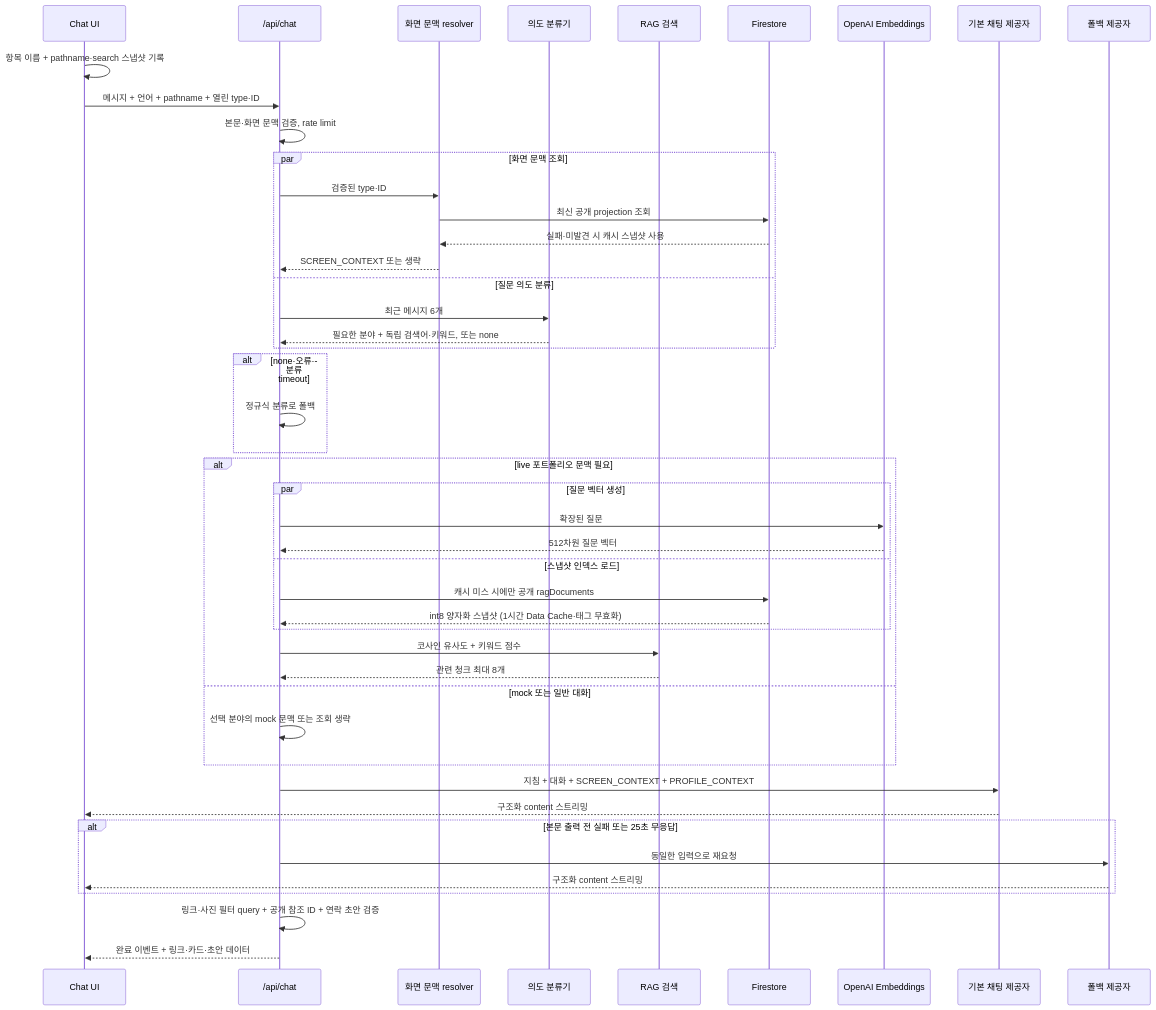
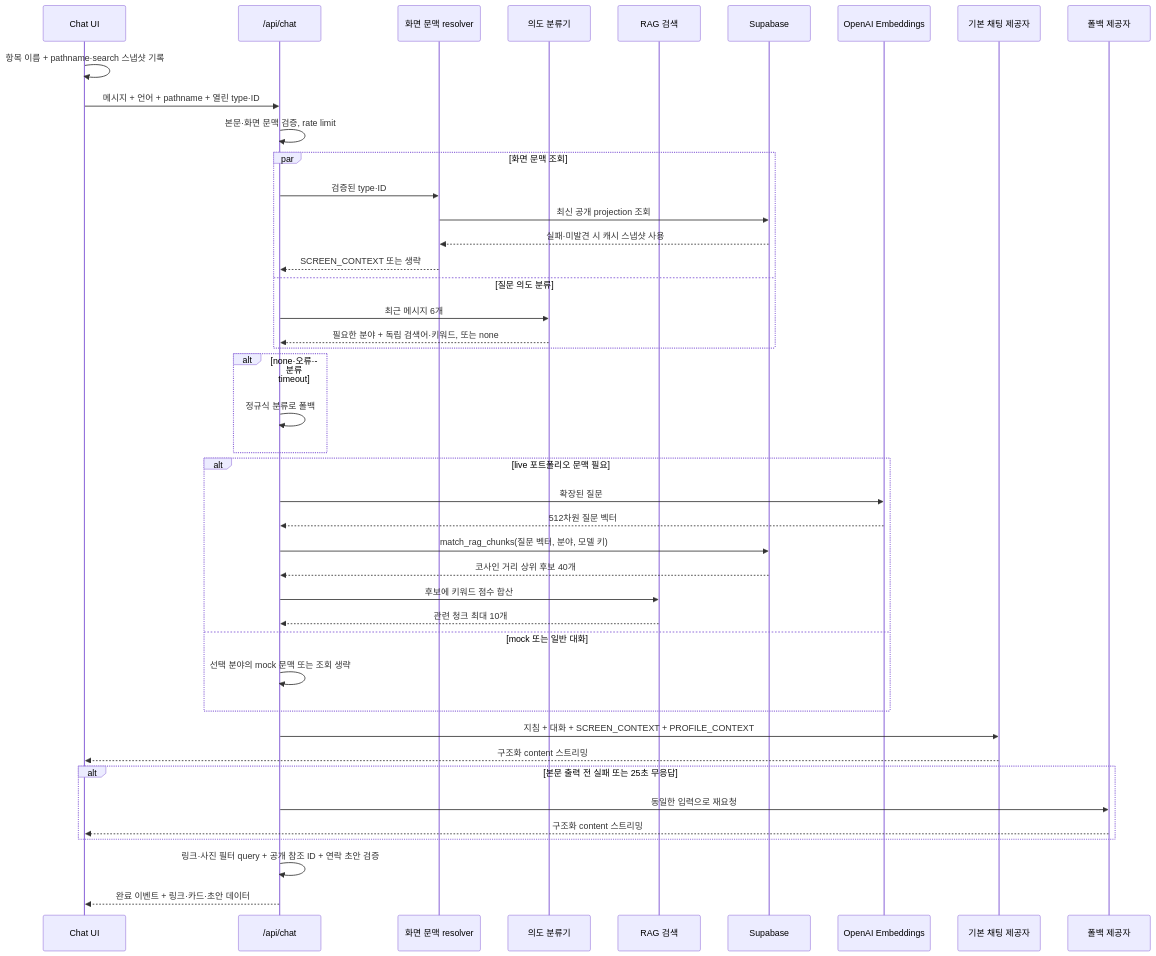
The second of 5 diagrams in docs/troubleshooting/chatbot-search-architecture.md (SJLee-0525/aperture), drawn with Mermaid before and after one commit. The commit also changed other lines of this file and 1 other file, not shown here.

````diff
--- a/docs/troubleshooting/chatbot-search-architecture.md
+++ b/docs/troubleshooting/chatbot-search-architecture.md
@@ -99,49 +102,46 @@
 ```mermaid
 sequenceDiagram
     participant UI as Chat UI
     participant API as /api/chat
     participant SC as 화면 문맥 resolver
     participant N as 의도 분류기
     participant RAG as RAG 검색
-    participant FS as Firestore
+    participant DB as Supabase
     participant EMB as OpenAI Embeddings
     participant P as 기본 채팅 제공자
     participant O as 폴백 제공자
 
     UI->>UI: 항목 이름 + pathname·search 스냅샷 기록
     UI->>API: 메시지 + 언어 + pathname + 열린 type·ID
     API->>API: 본문·화면 문맥 검증, rate limit
     par 화면 문맥 조회
         API->>SC: 검증된 type·ID
-        SC->>FS: 최신 공개 projection 조회
-        FS-->>SC: 실패·미발견 시 캐시 스냅샷 사용
+        SC->>DB: 최신 공개 projection 조회
+        DB-->>SC: 실패·미발견 시 캐시 스냅샷 사용
         SC-->>API: SCREEN_CONTEXT 또는 생략
     and 질문 의도 분류
         API->>N: 최근 메시지 6개
         N-->>API: 필요한 분야 + 독립 검색어·키워드, 또는 none
     end
     alt none·오류·분류 timeout
         API->>API: 정규식 분류로 폴백
     end
     alt live 포트폴리오 문맥 필요
-        par 질문 벡터 생성
-            API->>EMB: 확장된 질문
-            EMB-->>API: 512차원 질문 벡터
-        and 스냅샷 인덱스 로드
-            API->>FS: 캐시 미스 시에만 공개 ragDocuments
-            FS-->>API: int8 양자화 스냅샷 (1시간 Data Cache·태그 무효화)
-        end
-        API->>RAG: 코사인 유사도 + 키워드 점수
-        RAG-->>API: 관련 청크 최대 8개
+        API->>EMB: 확장된 질문
+        EMB-->>API: 512차원 질문 벡터
+        API->>DB: match_rag_chunks(질문 벡터, 분야, 모델 키)
+        DB-->>API: 코사인 거리 상위 후보 40개
+        API->>RAG: 후보에 키워드 점수 합산
+        RAG-->>API: 관련 청크 최대 10개
     else mock 또는 일반 대화
         API->>API: 선택 분야의 mock 문맥 또는 조회 생략
     end
     API->>P: 지침 + 대화 + SCREEN_CONTEXT + PROFILE_CONTEXT
     P-->>UI: 구조화 content 스트리밍
     alt 본문 출력 전 실패 또는 25초 무응답
         API->>O: 동일한 입력으로 재요청
         O-->>UI: 구조화 content 스트리밍
     end
     API->>API: 링크·사진 필터 query + 공개 참조 ID + 연락 초안 검증
     API-->>UI: 완료 이벤트 + 링크·카드·초안 데이터
 ```
````
